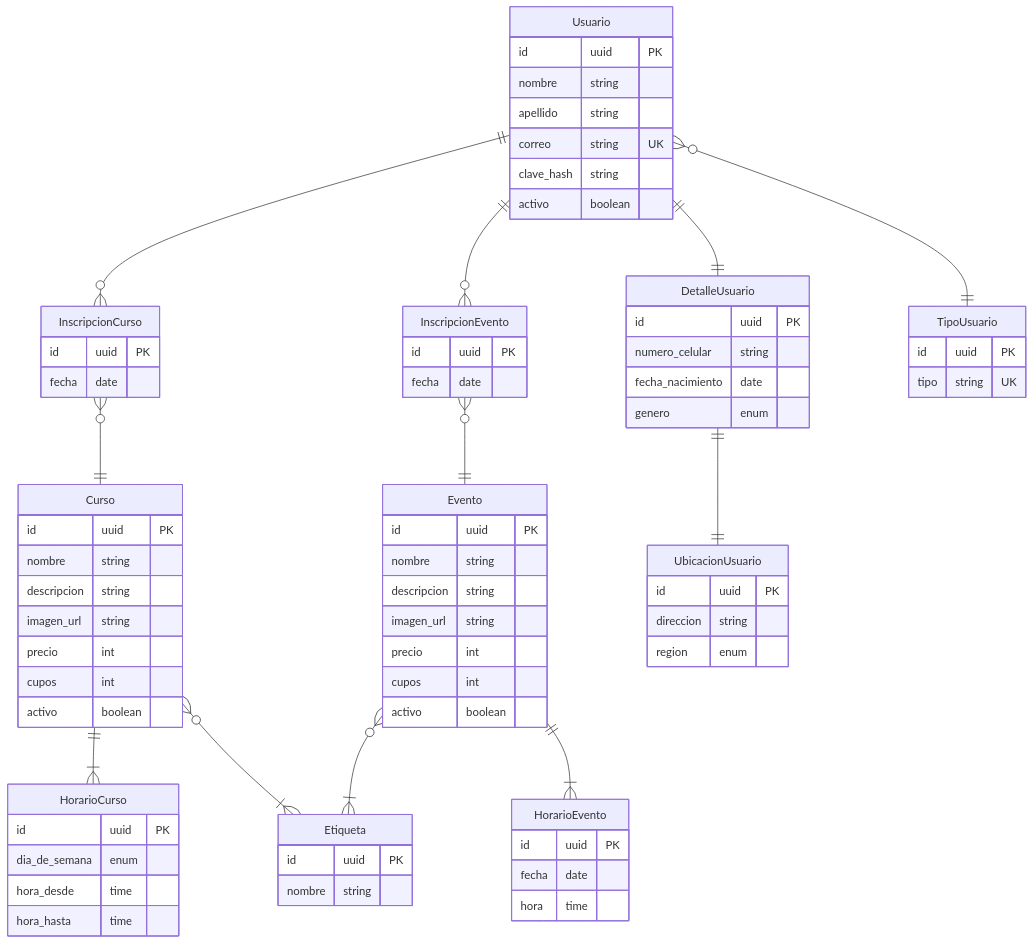
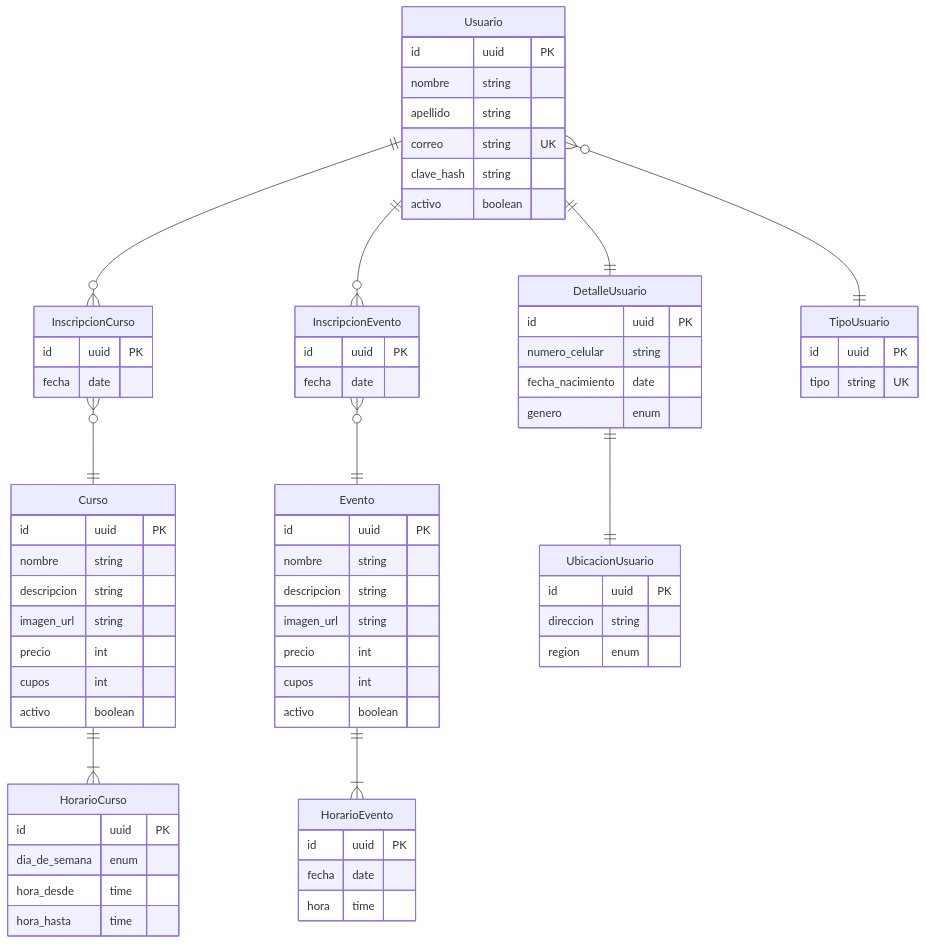
Before and after one commit to NicolasCarrasco7261/CasaTallerMuso: the diagram in Documentación/Diagamas/MER.mermaid.md, drawn with Mermaid. The commit also changed 1 other file, not shown here.

Commit message:
Elimina entidad 'etiqueta' de MER

````diff
--- a/Documentación/Diagamas/MER.mermaid.md
+++ b/Documentación/Diagamas/MER.mermaid.md
@@ -82,16 +82,9 @@
 		hora time
 	}
 	
-	Etiqueta {
-		id uuid PK
-		nombre string
-	}
-	
 	Curso ||--|{ HorarioCurso : ""
 	Evento ||--|{ HorarioEvento : ""
 	Usuario }o--|| TipoUsuario : ""
 	Usuario ||--|| DetalleUsuario : ""
 	DetalleUsuario ||--|| UbicacionUsuario : ""
-	Curso }o--|{ Etiqueta : ""
-	Evento }o--|{ Etiqueta : ""
 ```
````
